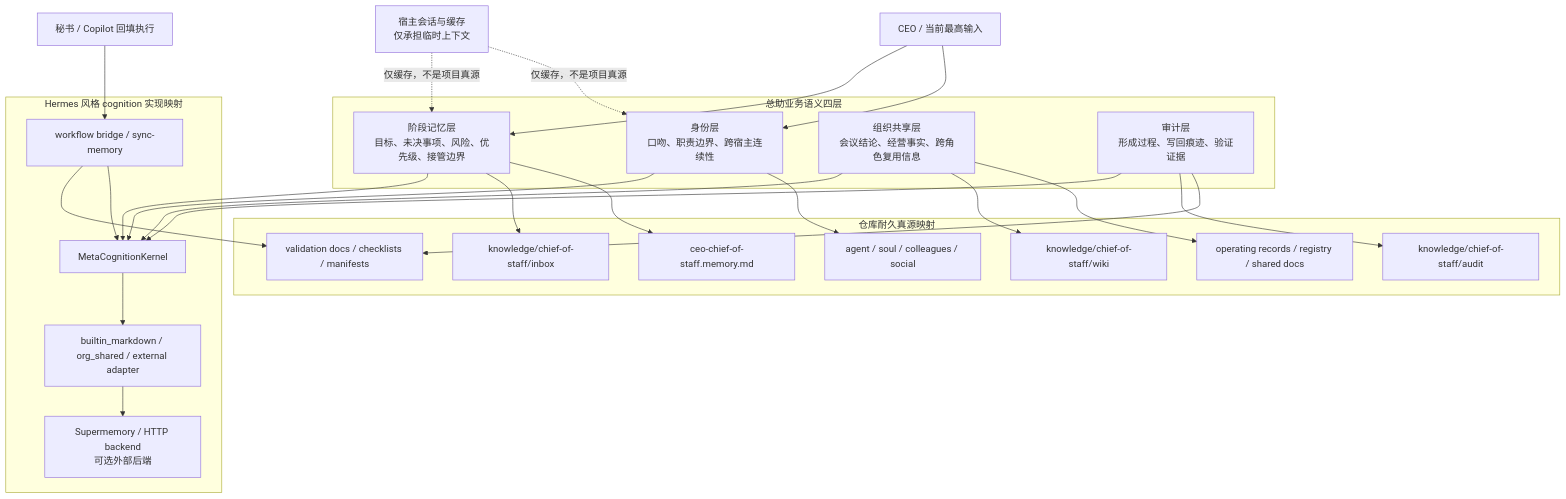
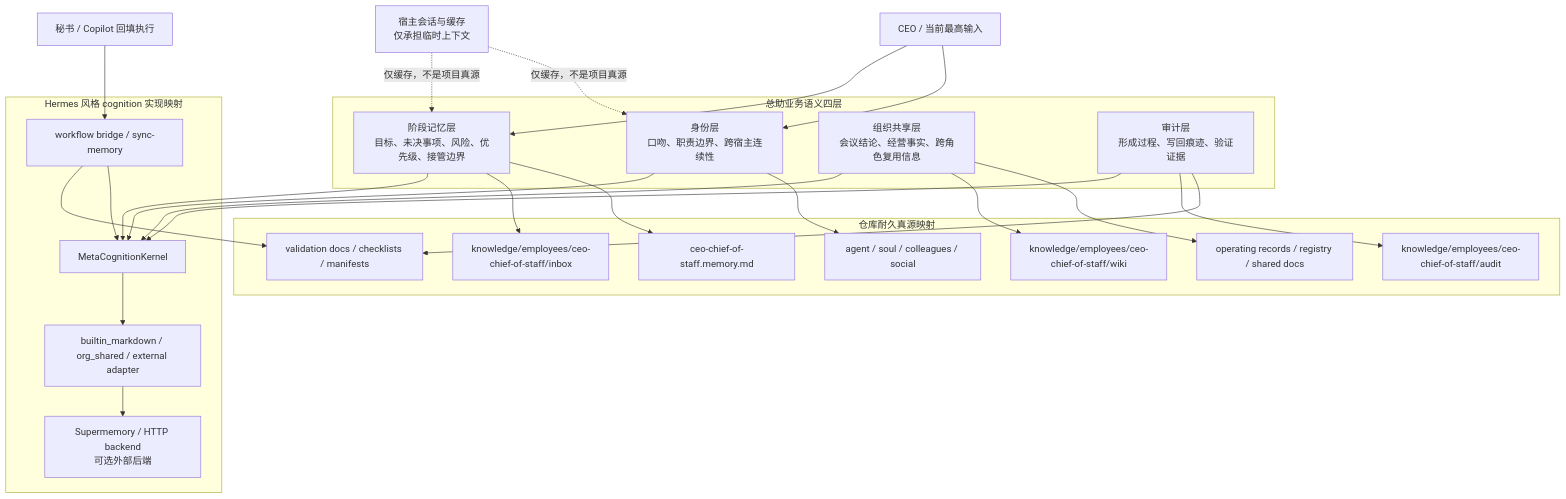
One commit to MoRen9527/TriCompany changed the first of 2 diagrams in docs/engineering/cyber-company-four-layer-memory-collaboration-system.md. Above: the diagram before and after it, drawn with Mermaid. The commit also changed other lines of this file and 71 other files, not shown here.

````diff
--- a/docs/engineering/cyber-company-four-layer-memory-collaboration-system.md
+++ b/docs/engineering/cyber-company-four-layer-memory-collaboration-system.md
@@ -155,55 +155,55 @@
 ```mermaid
 flowchart TB
     CEO["CEO / 当前最高输入"]
     Sec["秘书 / Copilot 回填执行"]
     Host["宿主会话与缓存\n仅承担临时上下文"]
 
     subgraph Semantic["总助业务语义四层"]
         Identity["身份层\n口吻、职责边界、跨宿主连续性"]
         Phase["阶段记忆层\n目标、未决事项、风险、优先级、接管边界"]
         Shared["组织共享层\n会议结论、经营事实、跨角色复用信息"]
         Audit["审计层\n形成过程、写回痕迹、验证证据"]
     end
 
     subgraph Repo["仓库耐久真源映射"]
         AgentFiles["agent / soul / colleagues / social"]
         MemoryFile["ceo-chief-of-staff.memory.md"]
         SharedDocs["operating records / registry / shared docs"]
         AuditDocs["validation docs / checklists / manifests"]
-        InboxDir["knowledge/chief-of-staff/inbox"]
-        WikiDir["knowledge/chief-of-staff/wiki"]
-        AuditDir["knowledge/chief-of-staff/audit"]
+        InboxDir["knowledge/employees/ceo-chief-of-staff/inbox"]
+        WikiDir["knowledge/employees/ceo-chief-of-staff/wiki"]
+        AuditDir["knowledge/employees/ceo-chief-of-staff/audit"]
     end
 
     subgraph Runtime["Hermes 风格 cognition 实现映射"]
         Kernel["MetaCognitionKernel"]
         Bridge["workflow bridge / sync-memory"]
         Providers["builtin_markdown / org_shared / external adapter"]
         External["Supermemory / HTTP backend\n可选外部后端"]
     end
 
     CEO --> Identity
     CEO --> Phase
     Sec --> Bridge
 
     Identity --> AgentFiles
     Phase --> MemoryFile
     Phase --> InboxDir
     Shared --> SharedDocs
     Shared --> WikiDir
     Audit --> AuditDocs
     Audit --> AuditDir
 
     Identity --> Kernel
     Phase --> Kernel
     Shared --> Kernel
     Audit --> Kernel
 
     Bridge --> Kernel
     Bridge --> AuditDocs
     Kernel --> Providers
     Providers --> External
 
     Host -. 仅缓存，不是项目真源 .-> Identity
     Host -. 仅缓存，不是项目真源 .-> Phase
 ```
````
